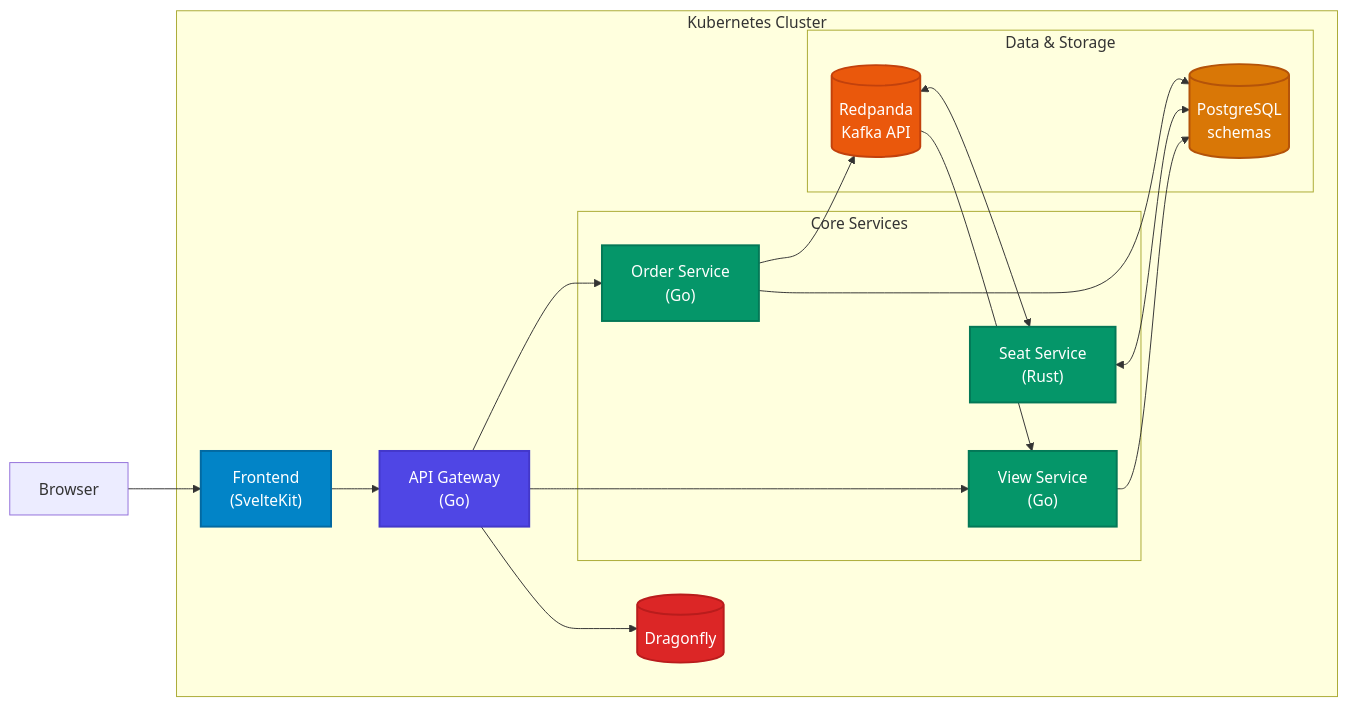
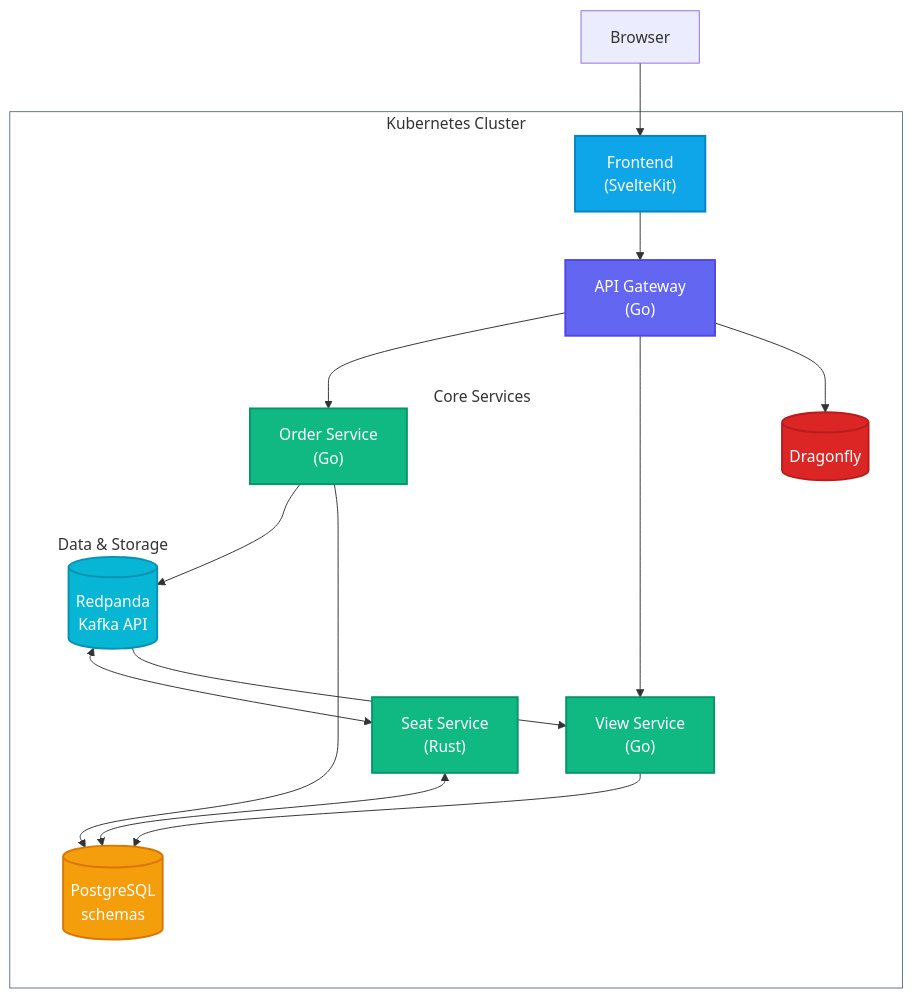
Before and after one commit to robbdimitrov/velox: the diagram in README.md, drawn with Mermaid. The commit also changed other lines of this file and 2 other files, not shown here.

Commit message:
docs: sync domain terminology and diagram styling

````diff
--- a/README.md
+++ b/README.md
@@ -17,49 +17,51 @@
 ```mermaid
-graph LR
+graph TD
     Browser["Browser"]
 
     subgraph cluster ["Kubernetes Cluster"]
         Frontend["Frontend<br>(SvelteKit)"]:::frontend
         Gateway["API Gateway<br>(Go)"]:::gateway
         Cache[("Dragonfly")]:::cache
 
         subgraph services ["Core Services"]
             Orders["Order Service<br>(Go)"]:::backend
             Seats["Seat Service<br>(Rust)"]:::backend
             Views["View Service<br>(Go)"]:::backend
         end
 
         subgraph data ["Data & Storage"]
             DB[("PostgreSQL<br>schemas")]:::database
             Redpanda[("Redpanda<br>Kafka API")]:::broker
         end
     end
 
     Browser --> Frontend
     Frontend --> Gateway
     Gateway --> Cache
     
     %% CQRS Command Path
     Gateway --> Orders
     Orders --> DB
     Orders --> Redpanda
     
     %% Choreography
     Seats <--> DB
     Redpanda <--> Seats
     
     %% CQRS Read Path
     Gateway --> Views
     Redpanda --> Views
     Views --> DB
 
     %% Standardized Accessible Color Palette
-    classDef frontend fill:#0284c7,stroke:#0369a1,stroke-width:2px,color:#fff
-    classDef gateway fill:#4f46e5,stroke:#4338ca,stroke-width:2px,color:#fff
-    classDef backend fill:#059669,stroke:#047857,stroke-width:2px,color:#fff
-    classDef database fill:#d97706,stroke:#b45309,stroke-width:2px,color:#fff
+    classDef frontend fill:#0ea5e9,stroke:#0284c7,stroke-width:2px,color:#fff
+    classDef gateway fill:#6366f1,stroke:#4f46e5,stroke-width:2px,color:#fff
+    classDef backend fill:#10b981,stroke:#059669,stroke-width:2px,color:#fff
+    classDef database fill:#f59e0b,stroke:#d97706,stroke-width:2px,color:#fff
     classDef cache fill:#dc2626,stroke:#b91c1c,stroke-width:2px,color:#fff
-    classDef broker fill:#ea580c,stroke:#c2410c,stroke-width:2px,color:#fff
-    classDef storage fill:#7c3aed,stroke:#6d28d9,stroke-width:2px,color:#fff
-    classDef relay fill:#475569,stroke:#334155,stroke-width:2px,color:#fff
+    classDef broker fill:#06b6d4,stroke:#0891b2,stroke-width:2px,color:#fff
+
+    style cluster fill:transparent,stroke:#64748b
+    style services fill:transparent,stroke:transparent
+    style data fill:transparent,stroke:transparent
 ```
````
